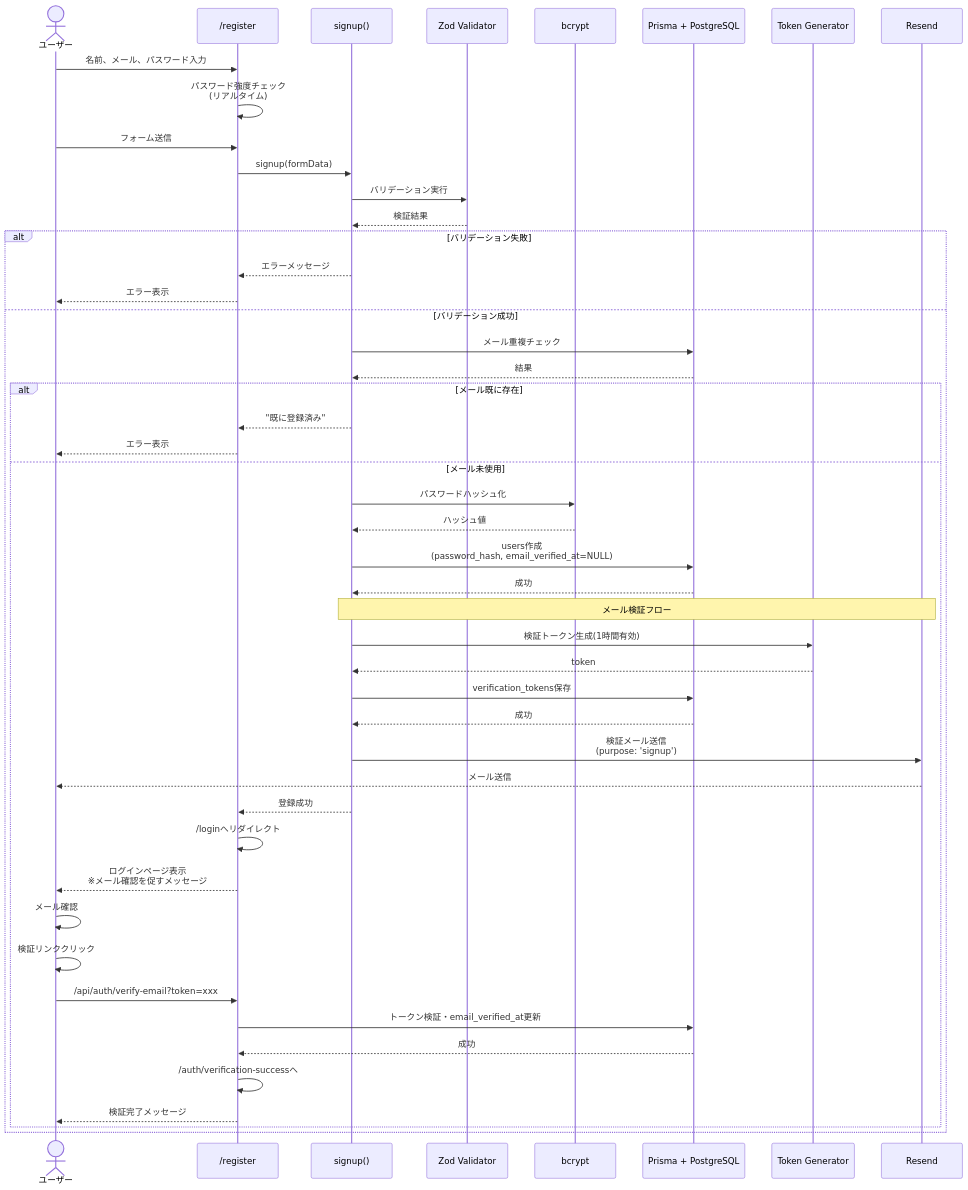
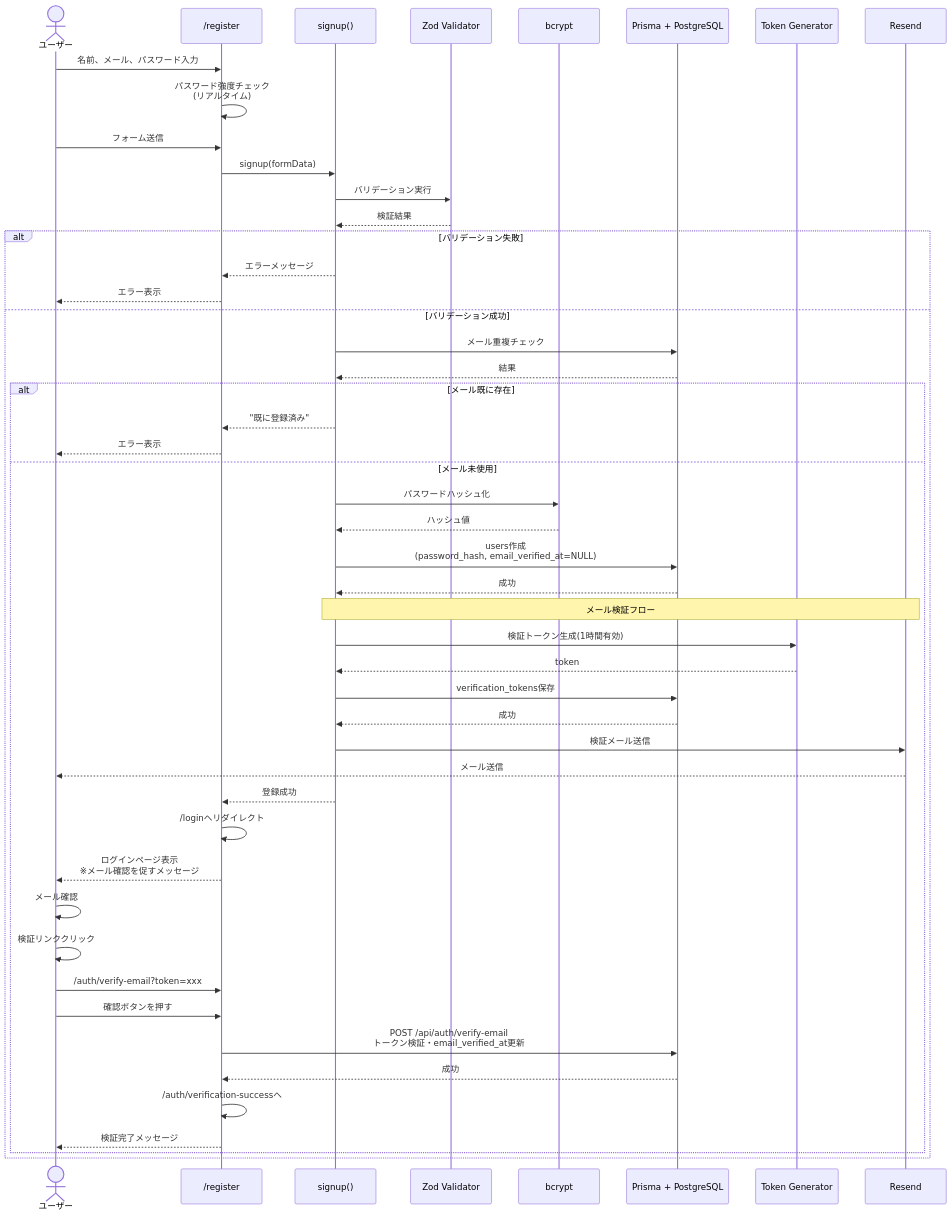
The second of 11 diagrams in docs/reference/authentication-diagrams.md (kazumadev619-dev/FishingConditionsApp), drawn with Mermaid before and after one commit. The commit also changed other lines of this file and 26 other files, not shown here.

````diff
--- a/docs/reference/authentication-diagrams.md
+++ b/docs/reference/authentication-diagrams.md
@@ -63,59 +63,60 @@
 ```mermaid
 sequenceDiagram
     actor User as ユーザー
     participant UI as /register
     participant Action as signup()
     participant Validation as Zod Validator
     participant Bcrypt as bcrypt
     participant DB as Prisma + PostgreSQL
     participant Token as Token Generator
     participant Email as Resend
 
     User->>UI: 名前、メール、パスワード入力
     UI->>UI: パスワード強度チェック<br/>(リアルタイム)
     User->>UI: フォーム送信
     UI->>Action: signup(formData)
 
     Action->>Validation: バリデーション実行
     Validation-->>Action: 検証結果
 
     alt バリデーション失敗
         Action-->>UI: エラーメッセージ
         UI-->>User: エラー表示
     else バリデーション成功
         Action->>DB: メール重複チェック
         DB-->>Action: 結果
 
         alt メール既に存在
             Action-->>UI: "既に登録済み"
             UI-->>User: エラー表示
         else メール未使用
             Action->>Bcrypt: パスワードハッシュ化
             Bcrypt-->>Action: ハッシュ値
 
             Action->>DB: users作成<br/>(password_hash, email_verified_at=NULL)
             DB-->>Action: 成功
 
             Note over Action,Email: メール検証フロー
             Action->>Token: 検証トークン生成(1時間有効)
             Token-->>Action: token
             Action->>DB: verification_tokens保存
             DB-->>Action: 成功
 
-            Action->>Email: 検証メール送信<br/>(purpose: 'signup')
+            Action->>Email: 検証メール送信
             Email-->>User: メール送信
 
             Action-->>UI: 登録成功
             UI->>UI: /loginへリダイレクト
             UI-->>User: ログインページ表示<br/>※メール確認を促すメッセージ
 
             User->>User: メール確認
             User->>User: 検証リンククリック
-            User->>UI: /api/auth/verify-email?token=xxx
-            UI->>DB: トークン検証・email_verified_at更新
+            User->>UI: /auth/verify-email?token=xxx
+            User->>UI: 確認ボタンを押す
+            UI->>DB: POST /api/auth/verify-email<br/>トークン検証・email_verified_at更新
             DB-->>UI: 成功
             UI->>UI: /auth/verification-successへ
             UI-->>User: 検証完了メッセージ
         end
     end
 ```
````
